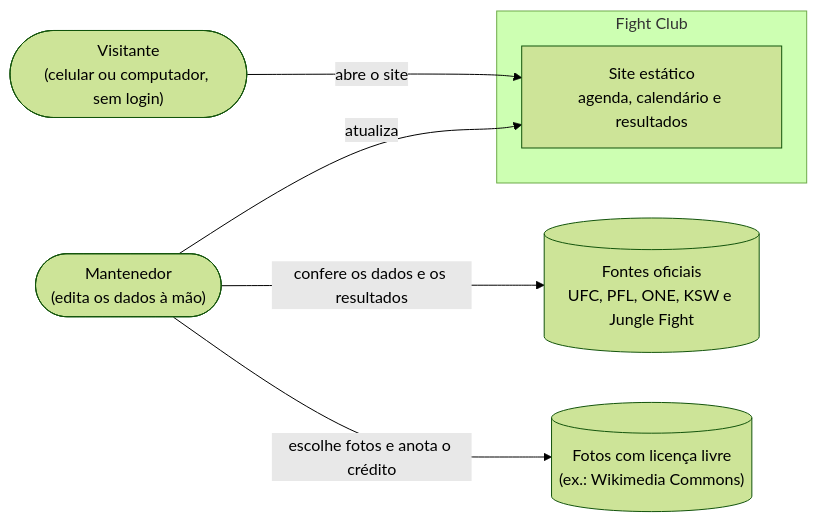
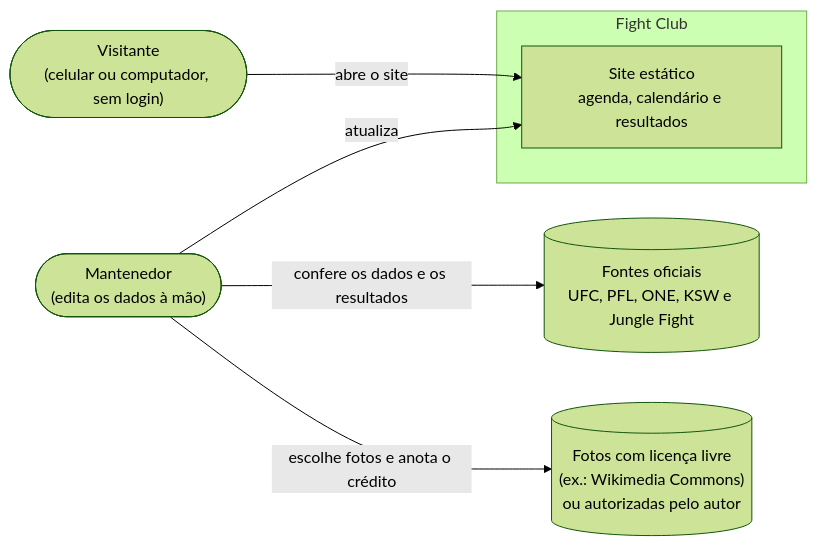
Before and after one commit to Gabriel-de-Lima-R/fight-club-events: the first of 3 diagrams in docs/arquitetura.md, drawn with Mermaid (forest theme). The commit also changed other lines of this file and 2 other files, not shown here.

Commit message:
docs: atualiza CLAUDE.md, README e arquitetura com as fotos dos lutadores

````diff
--- a/docs/arquitetura.md
+++ b/docs/arquitetura.md
@@ -7,17 +7,17 @@
 ```mermaid
 flowchart LR
     visitante(["Visitante<br/>(celular ou computador, sem login)"])
     mantenedor(["Mantenedor<br/>(edita os dados à mão)"])
 
     subgraph fc ["Fight Club"]
         site["Site estático<br/>agenda, calendário e resultados"]
     end
 
     fontes[("Fontes oficiais<br/>UFC, PFL, ONE, KSW e Jungle Fight")]
-    fotos[("Fotos com licença livre<br/>(ex.: Wikimedia Commons)")]
+    fotos[("Fotos com licença livre<br/>(ex.: Wikimedia Commons)<br/>ou autorizadas pelo autor")]
 
     visitante -->|"abre o site"| site
     mantenedor -->|"confere os dados e os resultados"| fontes
     mantenedor -->|"escolhe fotos e anota o crédito"| fotos
     mantenedor -->|"atualiza"| site
 ```
````
